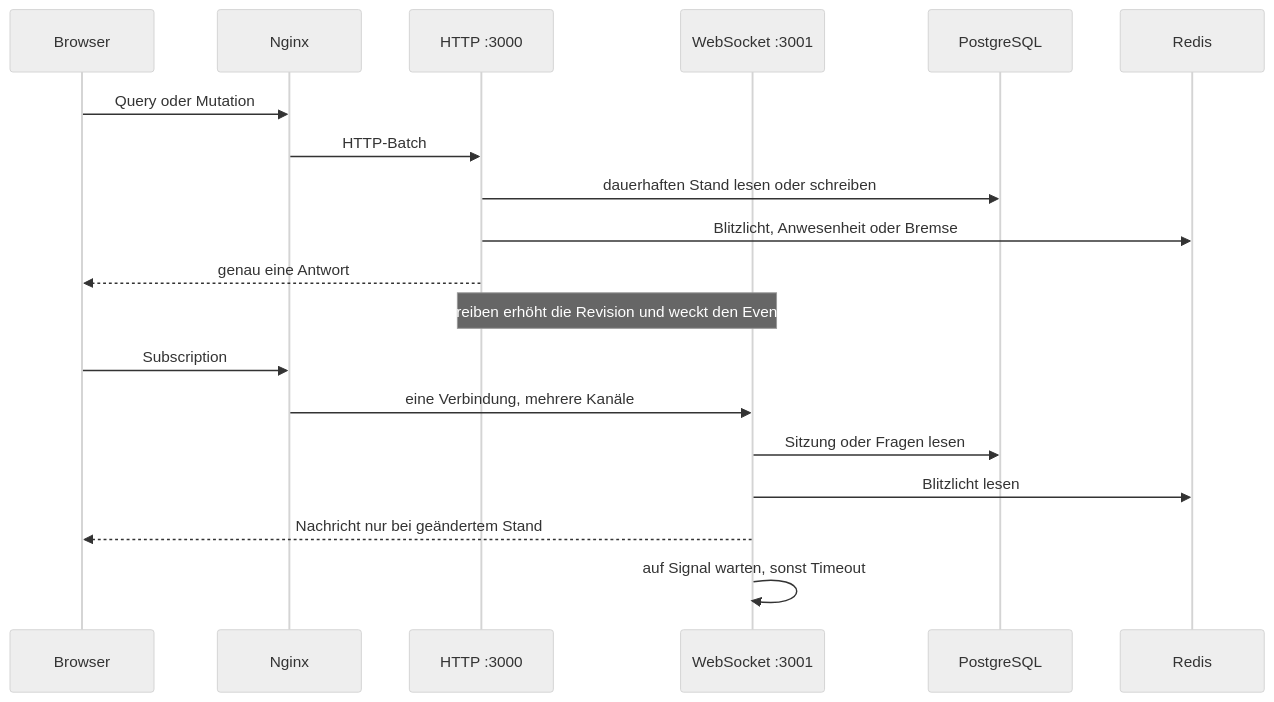
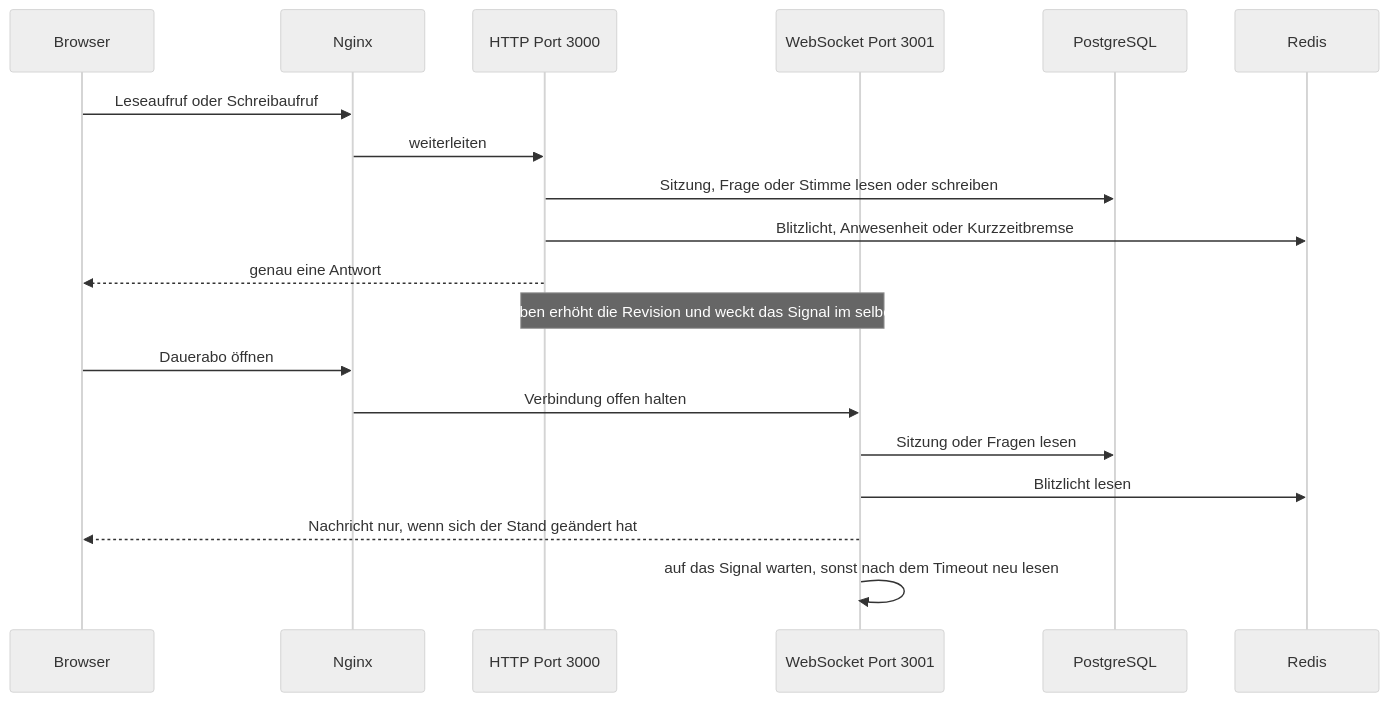
The second of 4 diagrams in docs/diagrams/netzwerkplan.md (jonasyr/arsnova.eu), drawn with Mermaid (neutral theme) before and after one commit. The commit also changed other lines of this file and 1 other file, not shown here.

````diff
--- a/docs/diagrams/netzwerkplan.md
+++ b/docs/diagrams/netzwerkplan.md
@@ -71,24 +120,24 @@
 ```mermaid
 sequenceDiagram
   participant Browser
   participant Nginx
-  participant HTTP as HTTP :3000
-  participant WS as WebSocket :3001
+  participant HTTP as HTTP Port 3000
+  participant WS as WebSocket Port 3001
   participant PG as PostgreSQL
   participant Redis
 
-  Browser->>Nginx: Query oder Mutation
-  Nginx->>HTTP: HTTP-Batch
-  HTTP->>PG: dauerhaften Stand lesen oder schreiben
-  HTTP->>Redis: Blitzlicht, Anwesenheit oder Bremse
+  Browser->>Nginx: Leseaufruf oder Schreibaufruf
+  Nginx->>HTTP: weiterleiten
+  HTTP->>PG: Sitzung, Frage oder Stimme lesen oder schreiben
+  HTTP->>Redis: Blitzlicht, Anwesenheit oder Kurzzeitbremse
   HTTP-->>Browser: genau eine Antwort
 
-  Note over HTTP,WS: Ein Schreiben erhöht die Revision und weckt den EventEmitter
+  Note over HTTP,WS: Das Schreiben erhöht die Revision und weckt das Signal im selben Prozess
 
-  Browser->>Nginx: Subscription
-  Nginx->>WS: eine Verbindung, mehrere Kanäle
+  Browser->>Nginx: Dauerabo öffnen
+  Nginx->>WS: Verbindung offen halten
   WS->>PG: Sitzung oder Fragen lesen
   WS->>Redis: Blitzlicht lesen
-  WS-->>Browser: Nachricht nur bei geändertem Stand
-  WS->>WS: auf Signal warten, sonst Timeout
+  WS-->>Browser: Nachricht nur, wenn sich der Stand geändert hat
+  WS->>WS: auf das Signal warten, sonst nach dem Timeout neu lesen
 ```
````
